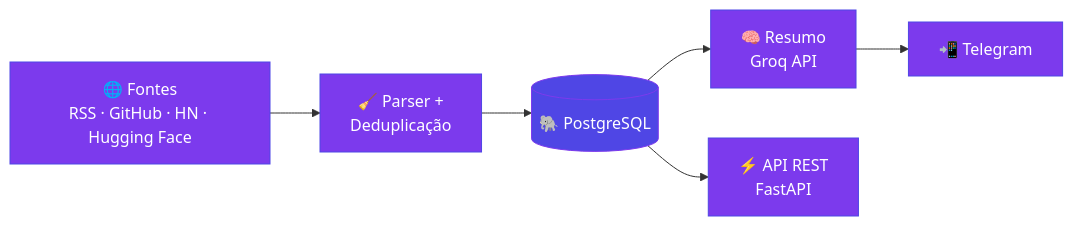
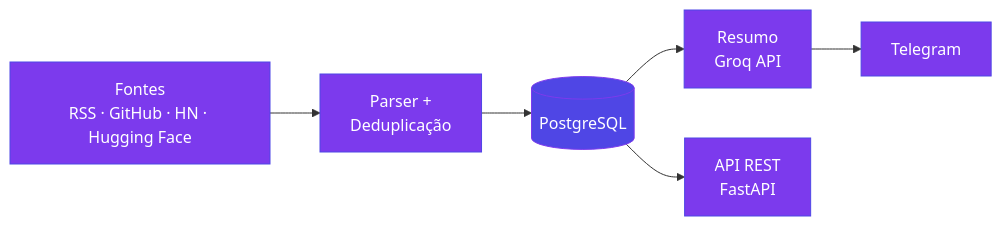
The second of 2 diagrams in README.md (rafaelmaia-dev/rafaelmaia-dev), drawn with Mermaid before and after one commit. The commit also changed other lines of this file, not shown here.

````diff
--- a/README.md
+++ b/README.md
@@ -70,12 +68,12 @@
 ```mermaid
 flowchart LR
-    A["🌐 Fontes<br/>RSS · GitHub · HN · Hugging Face"] --> B["🧹 Parser +<br/>Deduplicação"]
-    B --> C[("🐘 PostgreSQL")]
-    C --> D["🧠 Resumo<br/>Groq API"]
-    D --> E["📲 Telegram"]
-    C --> F["⚡ API REST<br/>FastAPI"]
+    A["Fontes<br/>RSS · GitHub · HN · Hugging Face"] --> B["Parser +<br/>Deduplicação"]
+    B --> C[("PostgreSQL")]
+    C --> D["Resumo<br/>Groq API"]
+    D --> E["Telegram"]
+    C --> F["API REST<br/>FastAPI"]
     classDef p fill:#7C3AED,stroke:#4F46E5,color:#fff
     classDef db fill:#4F46E5,stroke:#7C3AED,color:#fff
     class A,B,D,E,F p
     class C db
 ```
````
